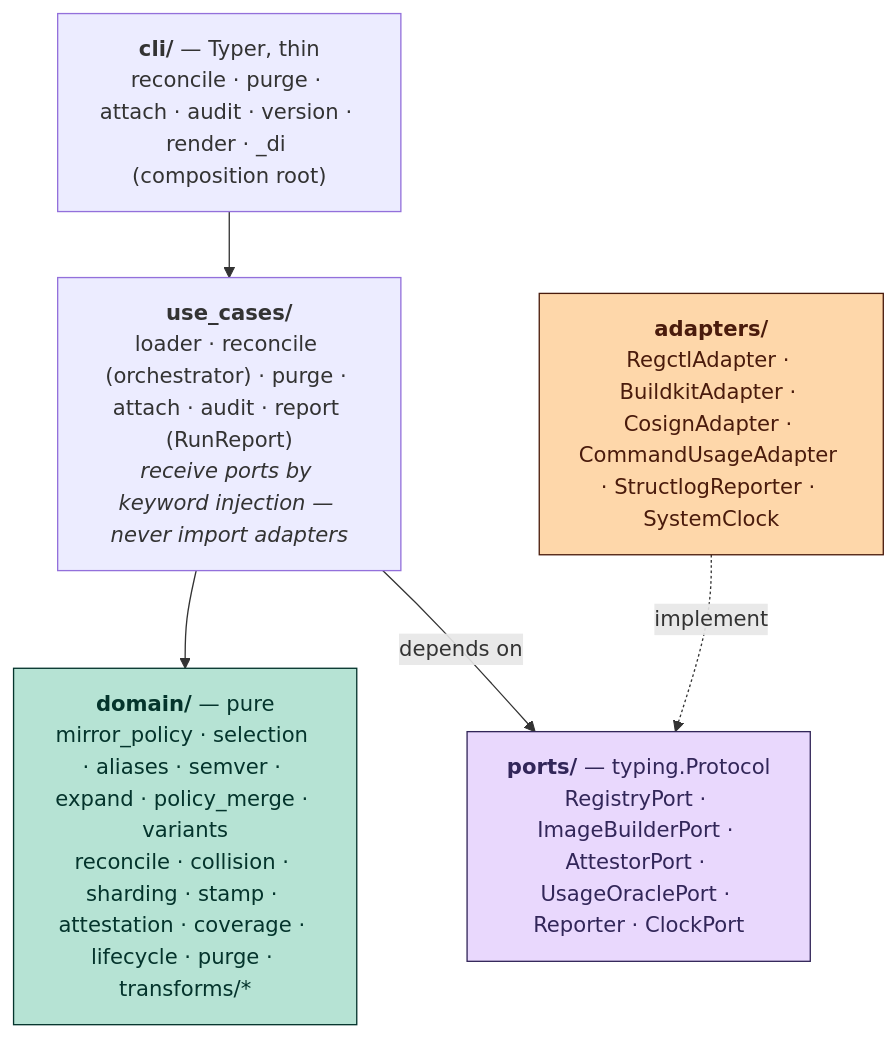
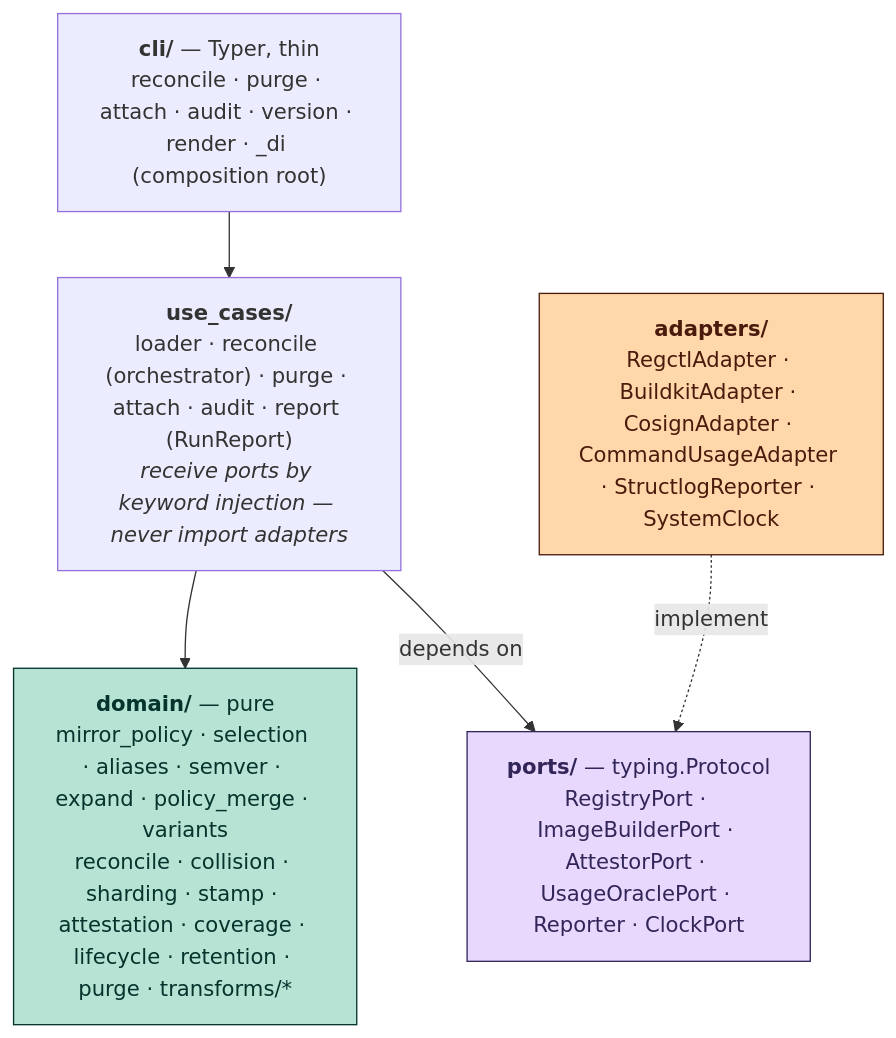
One commit to trivoallan/knock changed the first of 2 diagrams in docs/architecture/design.md. Above: the diagram before and after it, drawn with Mermaid. The commit also changed 2 other files, not shown here.

Commit message:
feat(cli): wire HOUBA_RETENTION global; sync C4 domain component
Pass retention_global=container.settings.retention into reconcile_policies
so the HOUBA_RETENTION env var takes effect end-to-end.

Add `retention` to the domain module list in the hexagon diagram
(docs/architecture/design.md) and to the planning pipeline component
description in workspace.dsl, keeping the C4 model in sync with the
new domain/retention.py module added in Tasks 1-5.

The _export/*.mmd files are not regenerated here as they require the
Structurizr CLI (Docker); the source edits above are the authoritative
change.

````diff
--- a/docs/architecture/design.md
+++ b/docs/architecture/design.md
@@ -39,20 +39,20 @@
 ```mermaid
 flowchart TD
     cli["<b>cli/</b> — Typer, thin<br/>reconcile · purge · attach · audit · version · render · _di (composition root)"]
     uc["<b>use_cases/</b><br/>loader · reconcile (orchestrator) · purge · attach · audit · report (RunReport)<br/><i>receive ports by keyword injection — never import adapters</i>"]
-    domain["<b>domain/</b> — pure<br/>mirror_policy · selection · aliases · semver · expand · policy_merge · variants<br/>reconcile · collision · sharding · stamp · attestation · coverage · lifecycle · purge · transforms/*"]
+    domain["<b>domain/</b> — pure<br/>mirror_policy · selection · aliases · semver · expand · policy_merge · variants<br/>reconcile · collision · sharding · stamp · attestation · coverage · lifecycle · retention · purge · transforms/*"]
     ports["<b>ports/</b> — typing.Protocol<br/>RegistryPort · ImageBuilderPort · AttestorPort · UsageOraclePort · Reporter · ClockPort"]
     adapters["<b>adapters/</b><br/>RegctlAdapter · BuildkitAdapter · CosignAdapter · CommandUsageAdapter · StructlogReporter · SystemClock"]
 
     cli --> uc
     uc --> domain
     uc -->|depends on| ports
     adapters -.->|implement| ports
 
     classDef pure fill:#b6e3d4,stroke:#04342c,color:#04342c;
     classDef port fill:#e9d8fd,stroke:#322659,color:#322659;
     classDef adapter fill:#fed7aa,stroke:#4a1b0c,color:#4a1b0c;
     class domain pure;
     class ports port;
     class adapters adapter;
 ```
````
